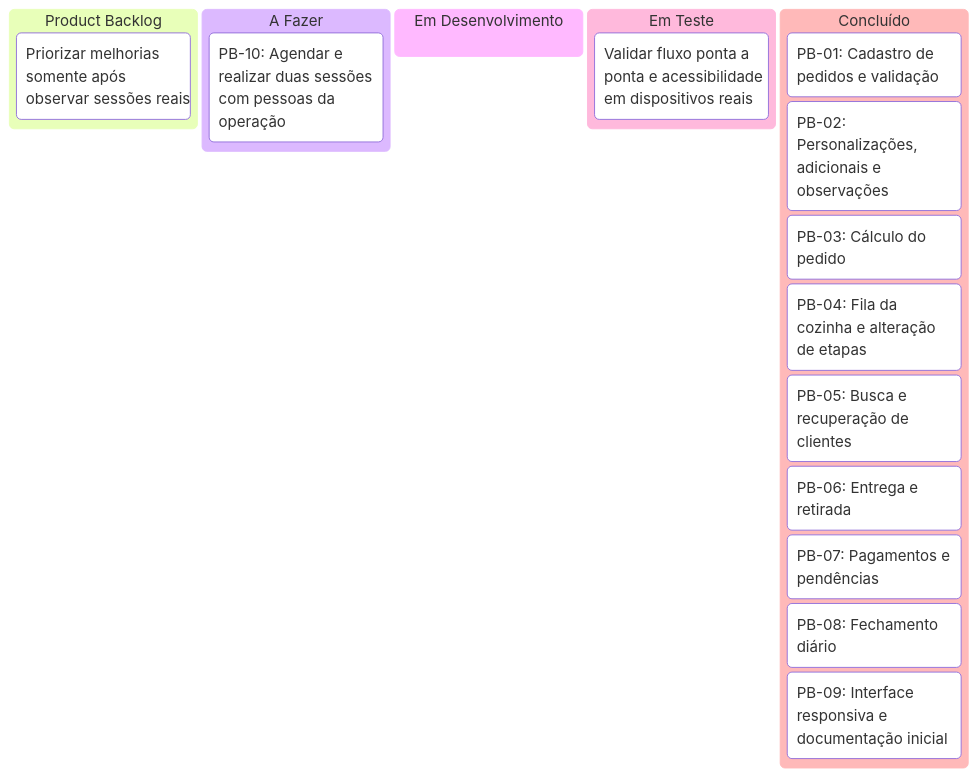
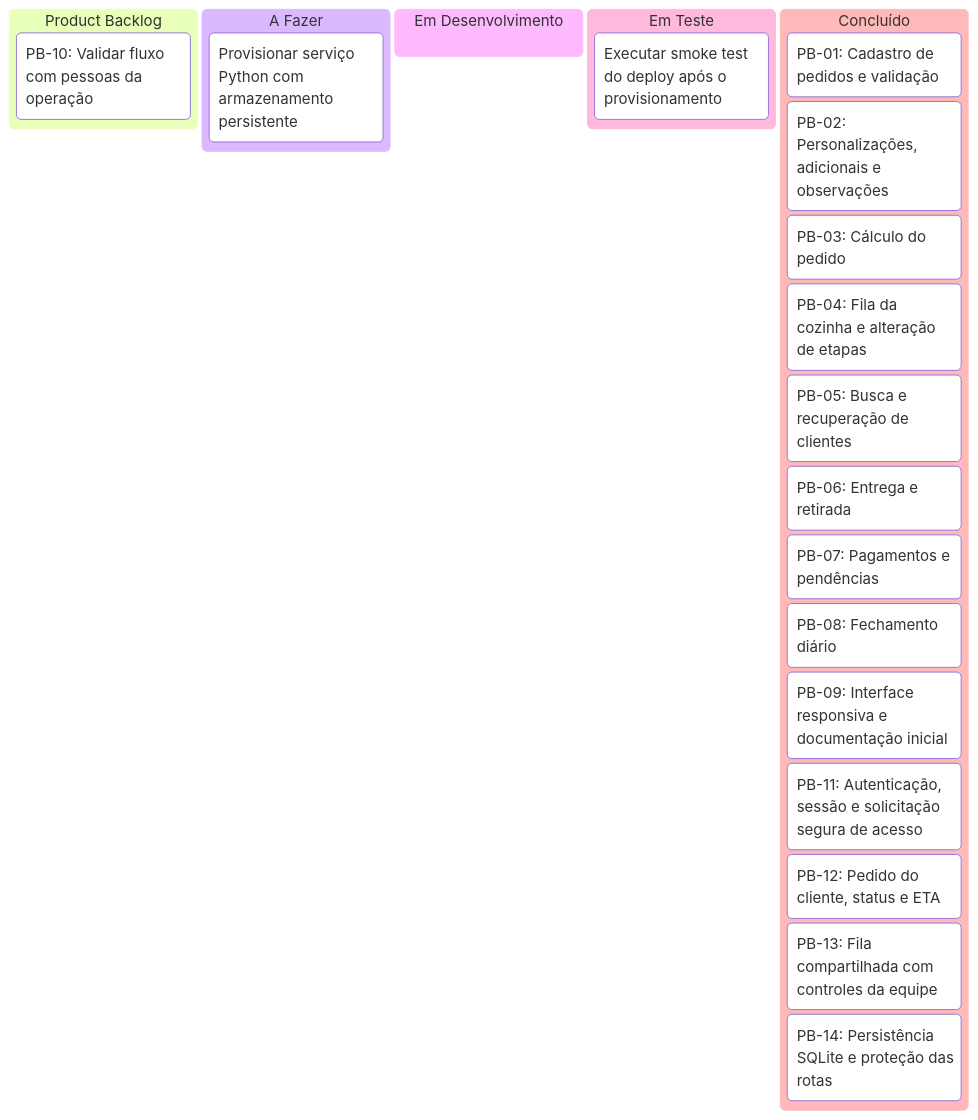
One commit to RDFox69/marmita-do-dia changed the diagram in docs/kanban.md. Above: the diagram before and after it, drawn with Mermaid. The commit also changed other lines of this file and 26 other files, not shown here.

````diff
--- a/docs/kanban.md
+++ b/docs/kanban.md
@@ -17,20 +17,24 @@
 ```mermaid
 kanban
   Product Backlog
-    Priorizar melhorias somente após observar sessões reais
+    PB-10: Validar fluxo com pessoas da operação
   A Fazer
-    PB-10: Agendar e realizar duas sessões com pessoas da operação
+    Provisionar serviço Python com armazenamento persistente
   Em Desenvolvimento
   Em Teste
-    Validar fluxo ponta a ponta e acessibilidade em dispositivos reais
+    Executar smoke test do deploy após o provisionamento
   Concluído
     PB-01: Cadastro de pedidos e validação
     PB-02: Personalizações, adicionais e observações
     PB-03: Cálculo do pedido
     PB-04: Fila da cozinha e alteração de etapas
     PB-05: Busca e recuperação de clientes
     PB-06: Entrega e retirada
     PB-07: Pagamentos e pendências
     PB-08: Fechamento diário
     PB-09: Interface responsiva e documentação inicial
+    PB-11: Autenticação, sessão e solicitação segura de acesso
+    PB-12: Pedido do cliente, status e ETA
+    PB-13: Fila compartilhada com controles da equipe
+    PB-14: Persistência SQLite e proteção das rotas
 ```
````
